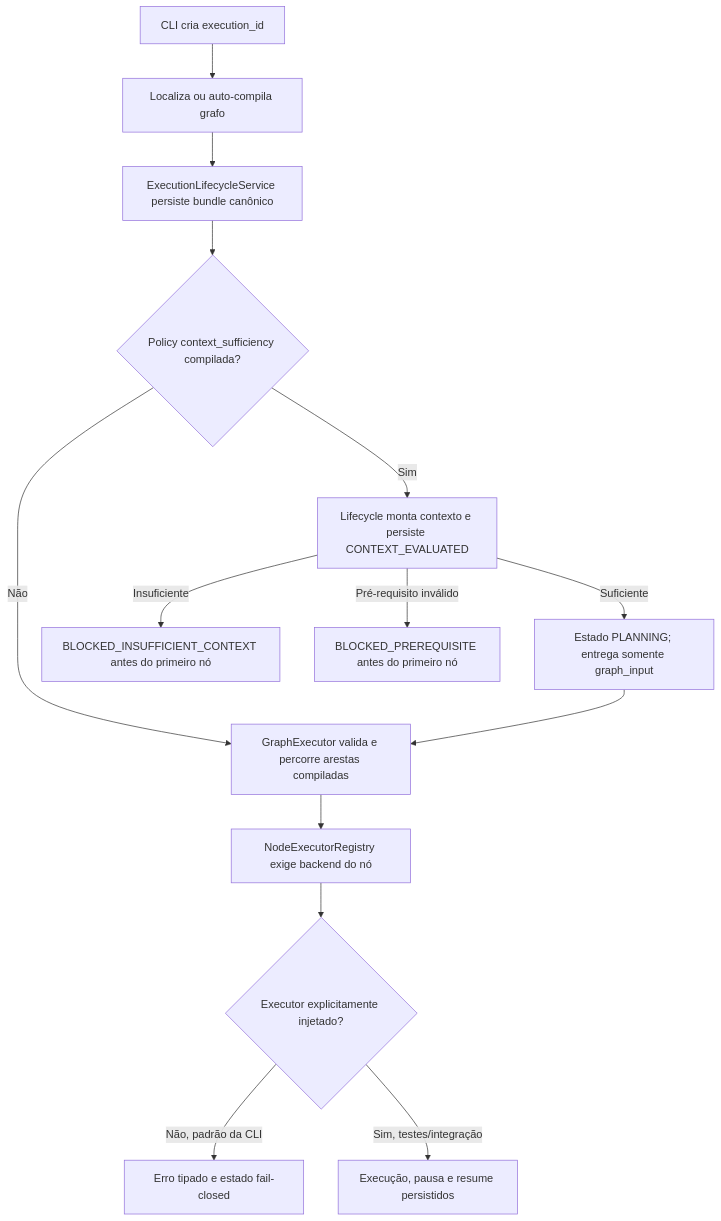
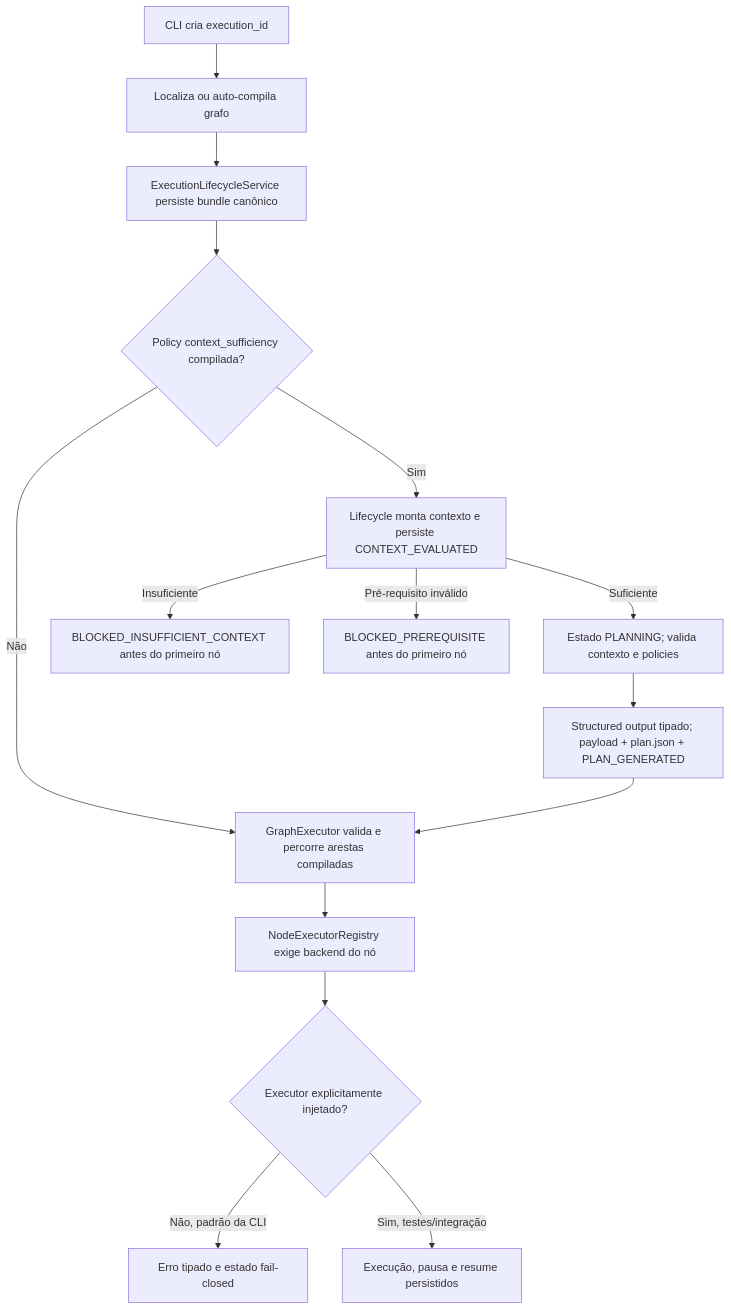
Before and after one commit to Wf-ops1/xXHarnessinfraXx: the diagram in docs/walkthrough.md, drawn with Mermaid. The commit also changed other lines of this file and 20 other files, not shown here.

````diff
--- a/docs/walkthrough.md
+++ b/docs/walkthrough.md
@@ -63,16 +63,17 @@
 ```mermaid
 flowchart TD
     A["CLI cria execution_id"] --> B["Localiza ou auto-compila grafo"]
     B --> C["ExecutionLifecycleService persiste bundle canônico"]
     C --> P{"Policy context_sufficiency compilada?"}
     P -->|Não| D["GraphExecutor valida e percorre arestas compiladas"]
     P -->|Sim| X["Lifecycle monta contexto e persiste CONTEXT_EVALUATED"]
-    X -->|Suficiente| L["Estado PLANNING; entrega somente graph_input"]
-    L --> D
+    X -->|Suficiente| L["Estado PLANNING; valida contexto e policies"]
+    L --> Q["Structured output tipado; payload + plan.json + PLAN_GENERATED"]
+    Q --> D
     X -->|Insuficiente| I["BLOCKED_INSUFFICIENT_CONTEXT antes do primeiro nó"]
     X -->|Pré-requisito inválido| J["BLOCKED_PREREQUISITE antes do primeiro nó"]
     D --> E["NodeExecutorRegistry exige backend do nó"]
     E --> F{"Executor explicitamente injetado?"}
     F -->|Não, padrão da CLI| G["Erro tipado e estado fail-closed"]
     F -->|Sim, testes/integração| H["Execução, pausa e resume persistidos"]
 ```
````
